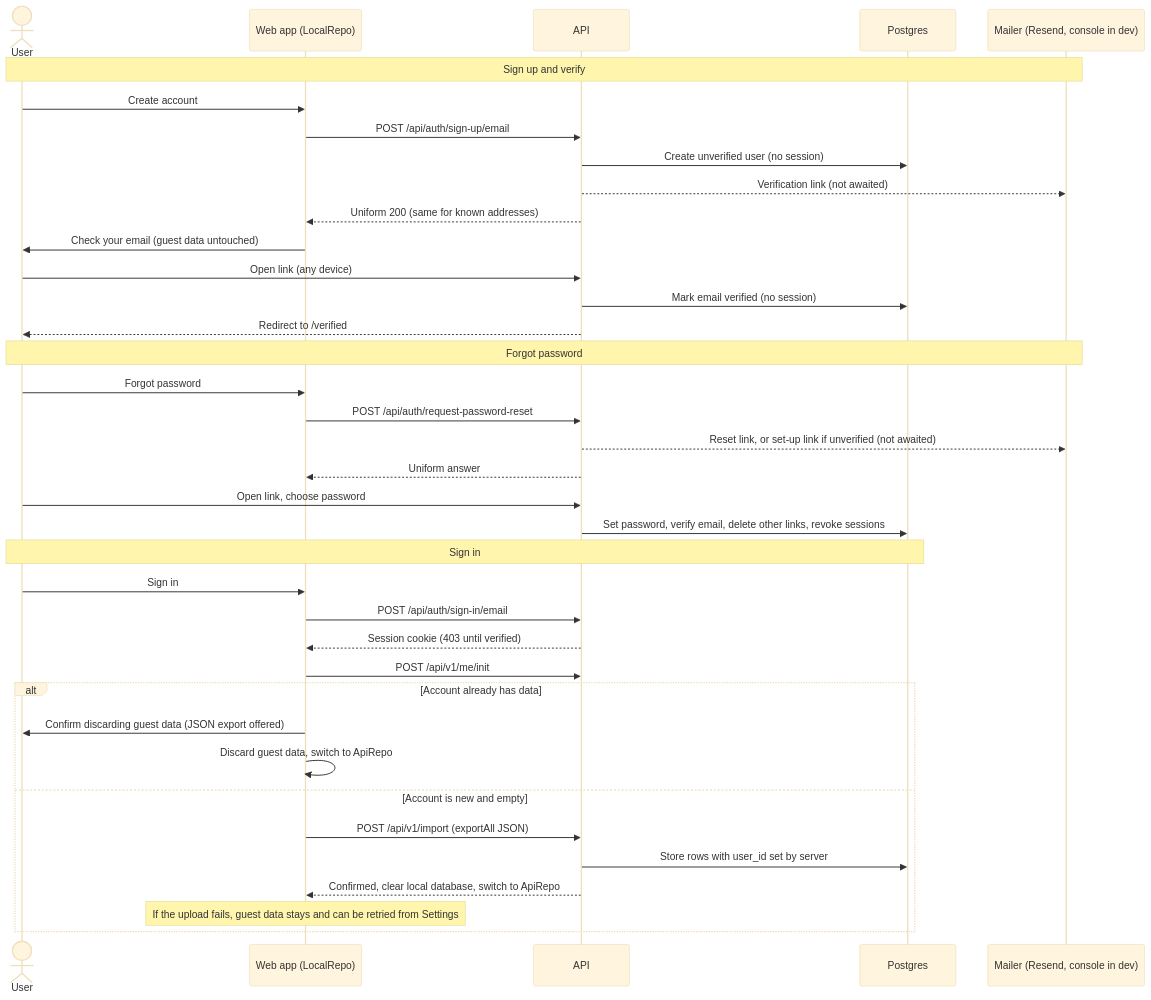
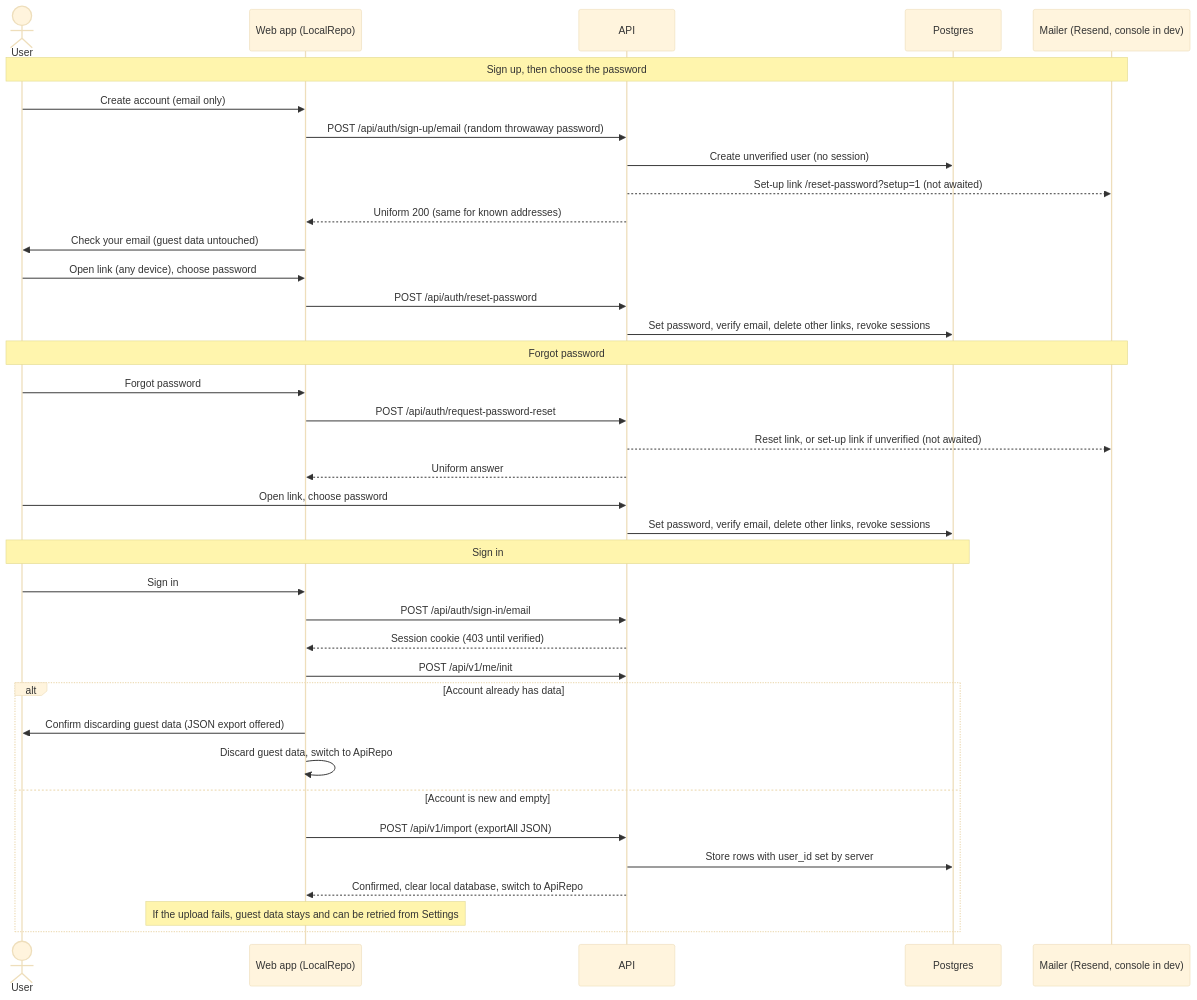
The fourth of 4 diagrams in docs/architecture.md (the3venthoriz0n/workout-tracker), drawn with Mermaid (base theme) before and after one commit. The commit also changed other lines of this file and 9 other files, not shown here.

First line of the commit message:
docs: sign-up takes the email; the password is chosen through the set-up link

````diff
--- a/docs/architecture.md
+++ b/docs/architecture.md
@@ -63,39 +63,39 @@
 ```mermaid
 sequenceDiagram
   actor U as User
   participant W as Web app (LocalRepo)
   participant A as API
   participant D as Postgres
   participant M as Mailer (Resend, console in dev)
-  Note over U,M: Sign up and verify
-  U->>W: Create account
-  W->>A: POST /api/auth/sign-up/email
+  Note over U,M: Sign up, then choose the password
+  U->>W: Create account (email only)
+  W->>A: POST /api/auth/sign-up/email (random throwaway password)
   A->>D: Create unverified user (no session)
-  A-->>M: Verification link (not awaited)
+  A-->>M: Set-up link /reset-password?setup=1 (not awaited)
   A-->>W: Uniform 200 (same for known addresses)
   W->>U: Check your email (guest data untouched)
-  U->>A: Open link (any device)
-  A->>D: Mark email verified (no session)
-  A-->>U: Redirect to /verified
+  U->>W: Open link (any device), choose password
+  W->>A: POST /api/auth/reset-password
+  A->>D: Set password, verify email, delete other links, revoke sessions
   Note over U,M: Forgot password
   U->>W: Forgot password
   W->>A: POST /api/auth/request-password-reset
   A-->>M: Reset link, or set-up link if unverified (not awaited)
   A-->>W: Uniform answer
   U->>A: Open link, choose password
   A->>D: Set password, verify email, delete other links, revoke sessions
   Note over U,D: Sign in
   U->>W: Sign in
   W->>A: POST /api/auth/sign-in/email
   A-->>W: Session cookie (403 until verified)
   W->>A: POST /api/v1/me/init
   alt Account already has data
     W->>U: Confirm discarding guest data (JSON export offered)
     W->>W: Discard guest data, switch to ApiRepo
   else Account is new and empty
     W->>A: POST /api/v1/import (exportAll JSON)
     A->>D: Store rows with user_id set by server
     A-->>W: Confirmed, clear local database, switch to ApiRepo
     Note over W: If the upload fails, guest data stays and can be retried from Settings
   end
 ```
````
